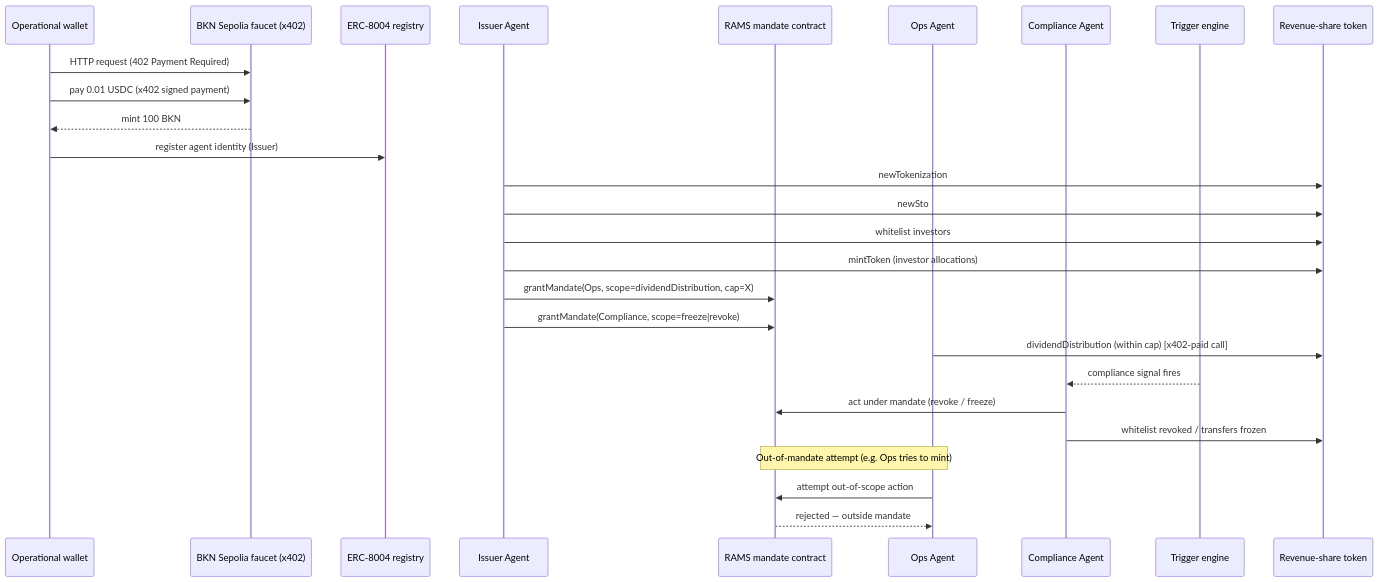
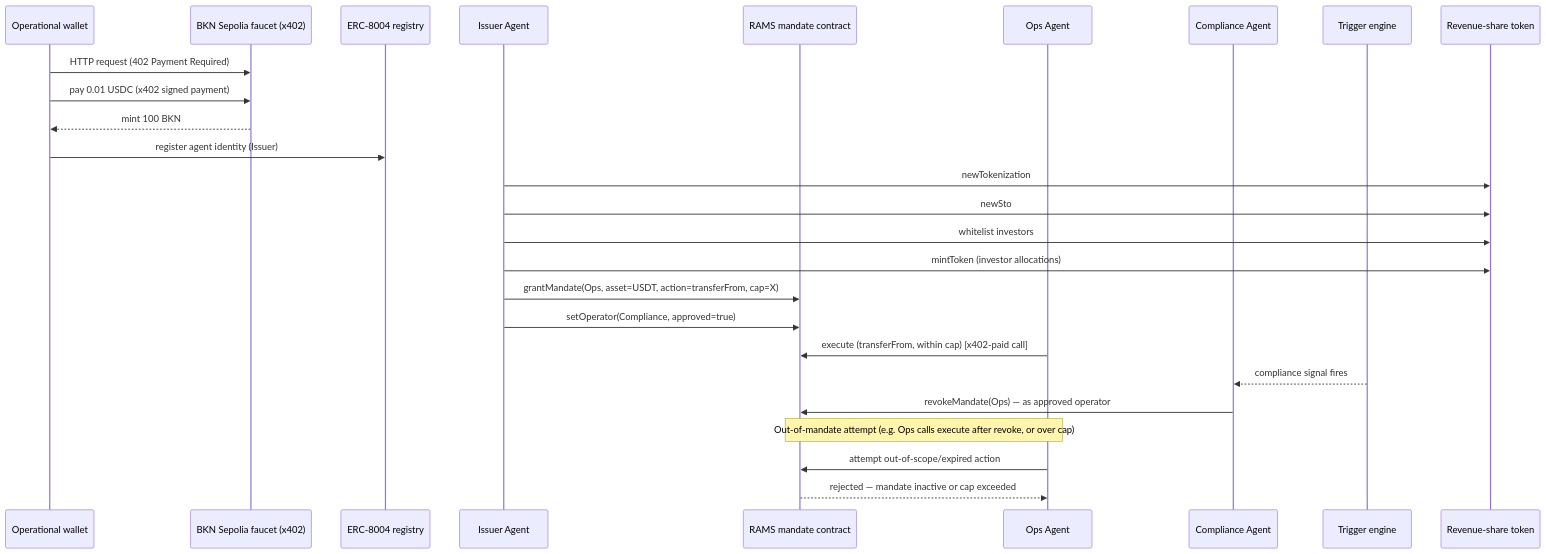
The diagram in docs/architecture.md (yeziR4/revpact), drawn with Mermaid before and after one commit. The commit also changed other lines of this file and 11 other files, not shown here.

First line of the commit message:
Launch RVP1 STO, correct the RAMS mandate design, stage RAMS payloads

````diff
--- a/docs/architecture.md
+++ b/docs/architecture.md
@@ -26,30 +31,29 @@
 ```mermaid
 sequenceDiagram
     participant Op as Operational wallet
     participant Faucet as BKN Sepolia faucet (x402)
     participant ID as ERC-8004 registry
     participant Issuer as Issuer Agent
     participant Rams as RAMS mandate contract
     participant Ops as Ops Agent
     participant Comp as Compliance Agent
     participant Trig as Trigger engine
     participant Token as Revenue-share token
 
     Op->>Faucet: HTTP request (402 Payment Required)
     Op->>Faucet: pay 0.01 USDC (x402 signed payment)
     Faucet-->>Op: mint 100 BKN
     Op->>ID: register agent identity (Issuer)
     Issuer->>Token: newTokenization
     Issuer->>Token: newSto
     Issuer->>Token: whitelist investors
     Issuer->>Token: mintToken (investor allocations)
-    Issuer->>Rams: grantMandate(Ops, scope=dividendDistribution, cap=X)
-    Issuer->>Rams: grantMandate(Compliance, scope=freeze|revoke)
-    Ops->>Token: dividendDistribution (within cap) [x402-paid call]
+    Issuer->>Rams: grantMandate(Ops, asset=USDT, action=transferFrom, cap=X)
+    Issuer->>Rams: setOperator(Compliance, approved=true)
+    Ops->>Rams: execute (transferFrom, within cap) [x402-paid call]
     Trig-->>Comp: compliance signal fires
-    Comp->>Rams: act under mandate (revoke / freeze)
-    Comp->>Token: whitelist revoked / transfers frozen
-    Note over Ops,Rams: Out-of-mandate attempt (e.g. Ops tries to mint)
-    Ops->>Rams: attempt out-of-scope action
-    Rams-->>Ops: rejected — outside mandate
+    Comp->>Rams: revokeMandate(Ops) — as approved operator
+    Note over Ops,Rams: Out-of-mandate attempt (e.g. Ops calls execute after revoke, or over cap)
+    Ops->>Rams: attempt out-of-scope/expired action
+    Rams-->>Ops: rejected — mandate inactive or cap exceeded
 ```
````
